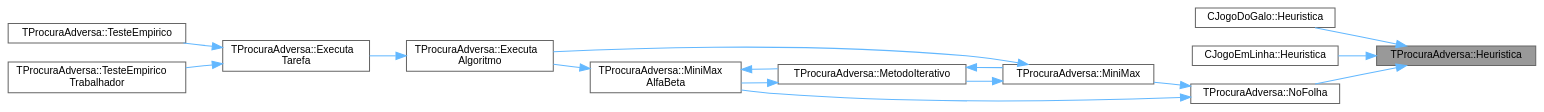
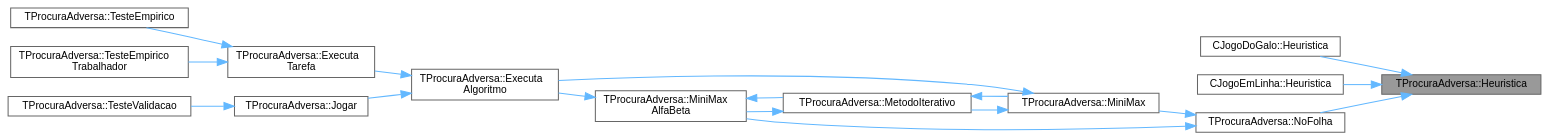
One commit to jcoelho72/TProcura changed the diagram in classTProcuraAdversa_a75e148ba0a922339333940828366aed6_icgraph.dot. Above: the diagram before and after it, drawn with Graphviz. The commit also changed 175 other files, not shown here.

```diff
--- a/classTProcuraAdversa_a75e148ba0a922339333940828366aed6_icgraph.dot
+++ b/classTProcuraAdversa_a75e148ba0a922339333940828366aed6_icgraph.dot
@@ -1,33 +1,37 @@
 digraph "TProcuraAdversa::Heuristica"
 {
  // LATEX_PDF_SIZE
   bgcolor="transparent";
   edge [fontname=Helvetica,fontsize=10,labelfontname=Helvetica,labelfontsize=10];
   node [fontname=Helvetica,fontsize=10,shape=box,height=0.2,width=0.4];
   rankdir="RL";
   Node1 [id="Node000001",label="TProcuraAdversa::Heuristica",height=0.2,width=0.4,color="gray40", fillcolor="grey60", style="filled", fontcolor="black",tooltip="chamar após calcular a heurística (grava o valor, dependendo da parametrização)"];
   Node1 -> Node2 [id="edge1_Node000001_Node000002",dir="back",color="steelblue1",style="solid",tooltip=" "];
   Node2 [id="Node000002",label="CJogoDoGalo::Heuristica",height=0.2,width=0.4,color="grey40", fillcolor="white", style="filled",URL="$classCJogoDoGalo.html#a3563839d5ffc94973acee1a1783e3527",tooltip="Função para calcular quanto falta para o final, o valor da heurística."];
   Node1 -> Node3 [id="edge2_Node000001_Node000003",dir="back",color="steelblue1",style="solid",tooltip=" "];
   Node3 [id="Node000003",label="CJogoEmLinha::Heuristica",height=0.2,width=0.4,color="grey40", fillcolor="white", style="filled",URL="$classCJogoEmLinha.html#afe8d4a92e1840c1436c295c5a13760db",tooltip="Função para calcular quanto falta para o final, o valor da heurística."];
   Node1 -> Node4 [id="edge3_Node000001_Node000004",dir="back",color="steelblue1",style="solid",tooltip=" "];
   Node4 [id="Node000004",label="TProcuraAdversa::NoFolha",height=0.2,width=0.4,color="grey40", fillcolor="white", style="filled",URL="$classTProcuraAdversa.html#a01ed7d4718647eb52723ecffaf68aa4b",tooltip="fim da procura, por corte de nível (ou não haver sucessores), retornar heurística"];
   Node4 -> Node5 [id="edge4_Node000004_Node000005",dir="back",color="steelblue1",style="solid",tooltip=" "];
   Node5 [id="Node000005",label="TProcuraAdversa::MiniMax",height=0.2,width=0.4,color="grey40", fillcolor="white", style="filled",URL="$classTProcuraAdversa.html#a4d8542bcb03f17da8aa3038384104f24",tooltip="retorna o valor do estado actual, apos procura de profundidade nivel"];
   Node5 -> Node6 [id="edge5_Node000005_Node000006",dir="back",color="steelblue1",style="solid",tooltip=" "];
   Node6 [id="Node000006",label="TProcuraAdversa::Executa\lAlgoritmo",height=0.2,width=0.4,color="grey40", fillcolor="white", style="filled",URL="$classTProcuraAdversa.html#aff6f48defaa10c14d160ac3990fd029b",tooltip="Executa o algoritmo com os parametros atuais."];
   Node6 -> Node7 [id="edge6_Node000006_Node000007",dir="back",color="steelblue1",style="solid",tooltip=" "];
   Node7 [id="Node000007",label="TProcuraAdversa::Executa\lTarefa",height=0.2,width=0.4,color="grey40", fillcolor="white", style="filled",URL="$classTProcuraAdversa.html#aad206751268402eef355dd89415d1865",tooltip="Executa uma tarefa num teste empírico."];
   Node7 -> Node8 [id="edge7_Node000007_Node000008",dir="back",color="steelblue1",style="solid",tooltip=" "];
   Node8 [id="Node000008",label="TProcuraAdversa::TesteEmpirico",height=0.2,width=0.4,color="grey40", fillcolor="white", style="filled",URL="$classTProcuraAdversa.html#a80cd0f481e853ad9ef5625c6ff4dcc66",tooltip="Executa testes empíricos, em todas as configurações guardadas, nas instâncias selecionadas."];
   Node7 -> Node9 [id="edge8_Node000007_Node000009",dir="back",color="steelblue1",style="solid",tooltip=" "];
   Node9 [id="Node000009",label="TProcuraAdversa::TesteEmpirico\lTrabalhador",height=0.2,width=0.4,color="grey40", fillcolor="white", style="filled",URL="$classTProcuraAdversa.html#a46ecfb296c4c5b12397871f1d3a7f7b8",tooltip="Teste empírico com modo mestre-escravo (este é o escravo)"];
-  Node5 -> Node10 [id="edge9_Node000005_Node000010",dir="back",color="steelblue1",style="solid",tooltip=" "];
-  Node10 [id="Node000010",label="TProcuraAdversa::MetodoIterativo",height=0.2,width=0.4,color="grey40", fillcolor="white", style="filled",URL="$classTProcuraAdversa.html#a7c4153974c32753901326271fee90197",tooltip="iteração, aumentando o nível progressivamente"];
-  Node10 -> Node5 [id="edge10_Node000010_Node000005",dir="back",color="steelblue1",style="solid",tooltip=" "];
-  Node10 -> Node11 [id="edge11_Node000010_Node000011",dir="back",color="steelblue1",style="solid",tooltip=" "];
-  Node11 [id="Node000011",label="TProcuraAdversa::MiniMax\lAlfaBeta",height=0.2,width=0.4,color="grey40", fillcolor="white", style="filled",URL="$classTProcuraAdversa.html#adb3f857b1c8b3ee26682e335dc6ed601",tooltip="retorna o valor do estado actual, apos procura de profundidade nivel. Idêntico a MiniMax"];
-  Node11 -> Node6 [id="edge12_Node000011_Node000006",dir="back",color="steelblue1",style="solid",tooltip=" "];
-  Node11 -> Node10 [id="edge13_Node000011_Node000010",dir="back",color="steelblue1",style="solid",tooltip=" "];
-  Node4 -> Node11 [id="edge14_Node000004_Node000011",dir="back",color="steelblue1",style="solid",tooltip=" "];
+  Node6 -> Node10 [id="edge9_Node000006_Node000010",dir="back",color="steelblue1",style="solid",tooltip=" "];
+  Node10 [id="Node000010",label="TProcuraAdversa::Jogar",height=0.2,width=0.4,color="grey40", fillcolor="white", style="filled",URL="$classTProcuraAdversa.html#acddde96eeb7950c83032b5c4d16560e8",tooltip=" "];
+  Node10 -> Node11 [id="edge10_Node000010_Node000011",dir="back",color="steelblue1",style="solid",tooltip=" "];
+  Node11 [id="Node000011",label="TProcuraAdversa::TesteValidacao",height=0.2,width=0.4,color="grey40", fillcolor="white", style="filled",URL="$classTProcuraAdversa.html#a3ed3f97aa1c4881d7e4275b86317fd58",tooltip="Executa testes de validação, executando cada solução na instância respetiva, e verificando a sua vali..."];
+  Node5 -> Node12 [id="edge11_Node000005_Node000012",dir="back",color="steelblue1",style="solid",tooltip=" "];
+  Node12 [id="Node000012",label="TProcuraAdversa::MetodoIterativo",height=0.2,width=0.4,color="grey40", fillcolor="white", style="filled",URL="$classTProcuraAdversa.html#a7c4153974c32753901326271fee90197",tooltip="iteração, aumentando o nível progressivamente"];
+  Node12 -> Node5 [id="edge12_Node000012_Node000005",dir="back",color="steelblue1",style="solid",tooltip=" "];
+  Node12 -> Node13 [id="edge13_Node000012_Node000013",dir="back",color="steelblue1",style="solid",tooltip=" "];
+  Node13 [id="Node000013",label="TProcuraAdversa::MiniMax\lAlfaBeta",height=0.2,width=0.4,color="grey40", fillcolor="white", style="filled",URL="$classTProcuraAdversa.html#adb3f857b1c8b3ee26682e335dc6ed601",tooltip="retorna o valor do estado actual, apos procura de profundidade nivel. Idêntico a MiniMax"];
+  Node13 -> Node6 [id="edge14_Node000013_Node000006",dir="back",color="steelblue1",style="solid",tooltip=" "];
+  Node13 -> Node12 [id="edge15_Node000013_Node000012",dir="back",color="steelblue1",style="solid",tooltip=" "];
+  Node4 -> Node13 [id="edge16_Node000004_Node000013",dir="back",color="steelblue1",style="solid",tooltip=" "];
 }
```
